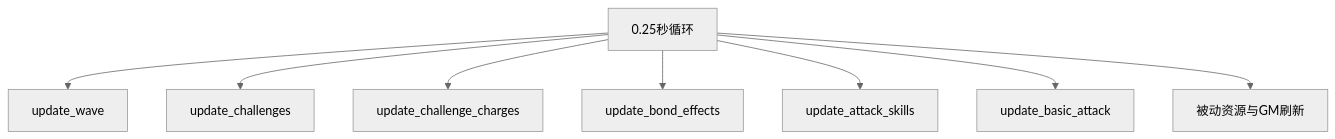
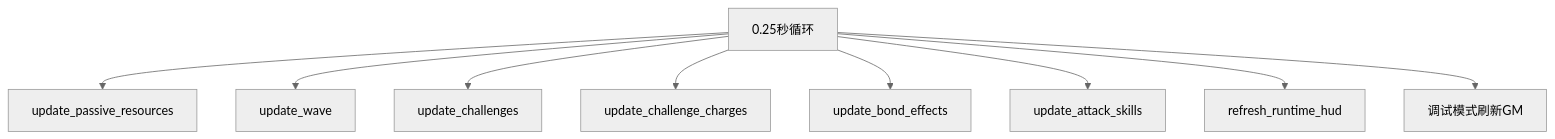
The second of 4 diagrams in maps/EntryMap/script/docs/项目模块/99-流程图/整体游戏流程图.md (WindXRan/y3td), drawn with Mermaid (neutral theme) before and after one commit. The commit also changed other lines of this file and 18 other files, not shown here.

````diff
--- a/maps/EntryMap/script/docs/项目模块/99-流程图/整体游戏流程图.md
+++ b/maps/EntryMap/script/docs/项目模块/99-流程图/整体游戏流程图.md
@@ -38,10 +39,11 @@
 ```mermaid
 flowchart TD
-    A[0.25秒循环] --> B[update_wave]
-    A --> C[update_challenges]
-    A --> D[update_challenge_charges]
-    A --> E[update_bond_effects]
-    A --> F[update_attack_skills]
-    A --> G[update_basic_attack]
-    A --> H[被动资源与GM刷新]
+    A[0.25秒循环] --> B[update_passive_resources]
+    A --> C[update_wave]
+    A --> D[update_challenges]
+    A --> E[update_challenge_charges]
+    A --> F[update_bond_effects]
+    A --> G[update_attack_skills]
+    A --> H[refresh_runtime_hud]
+    A --> I[调试模式刷新GM]
 ```
````
